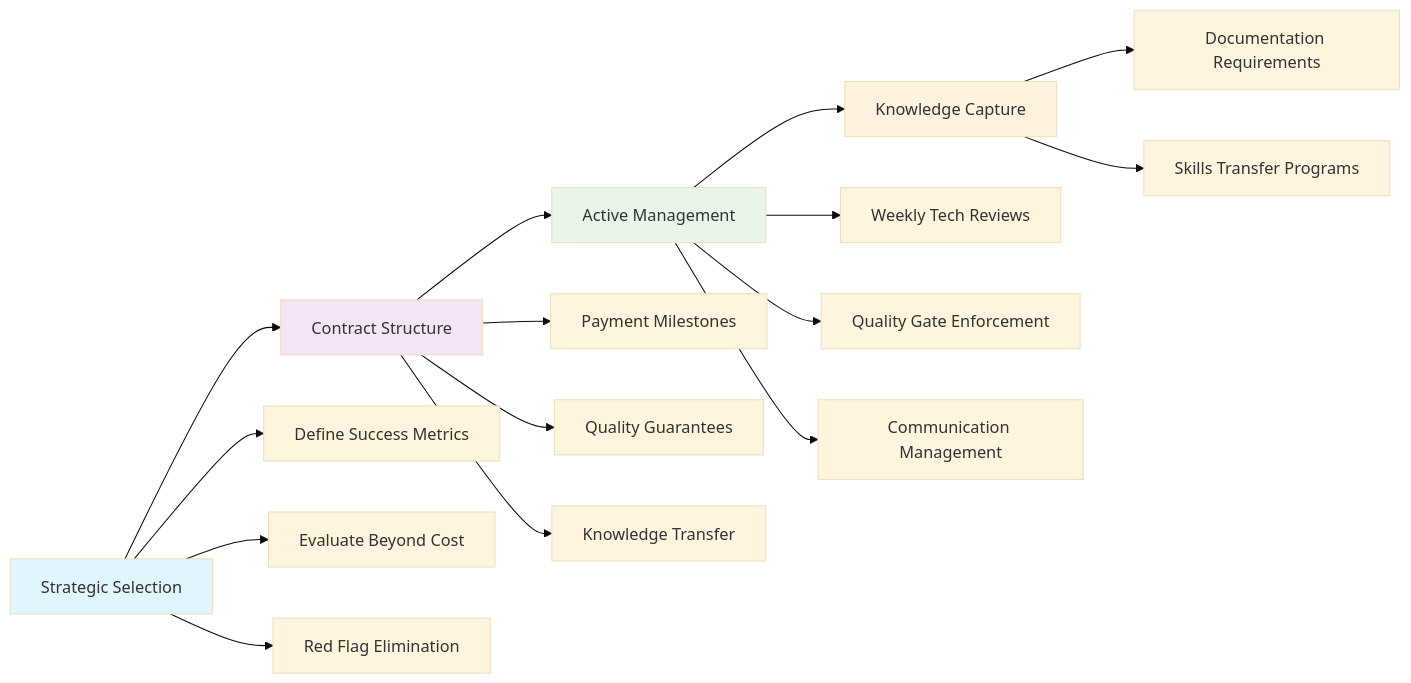
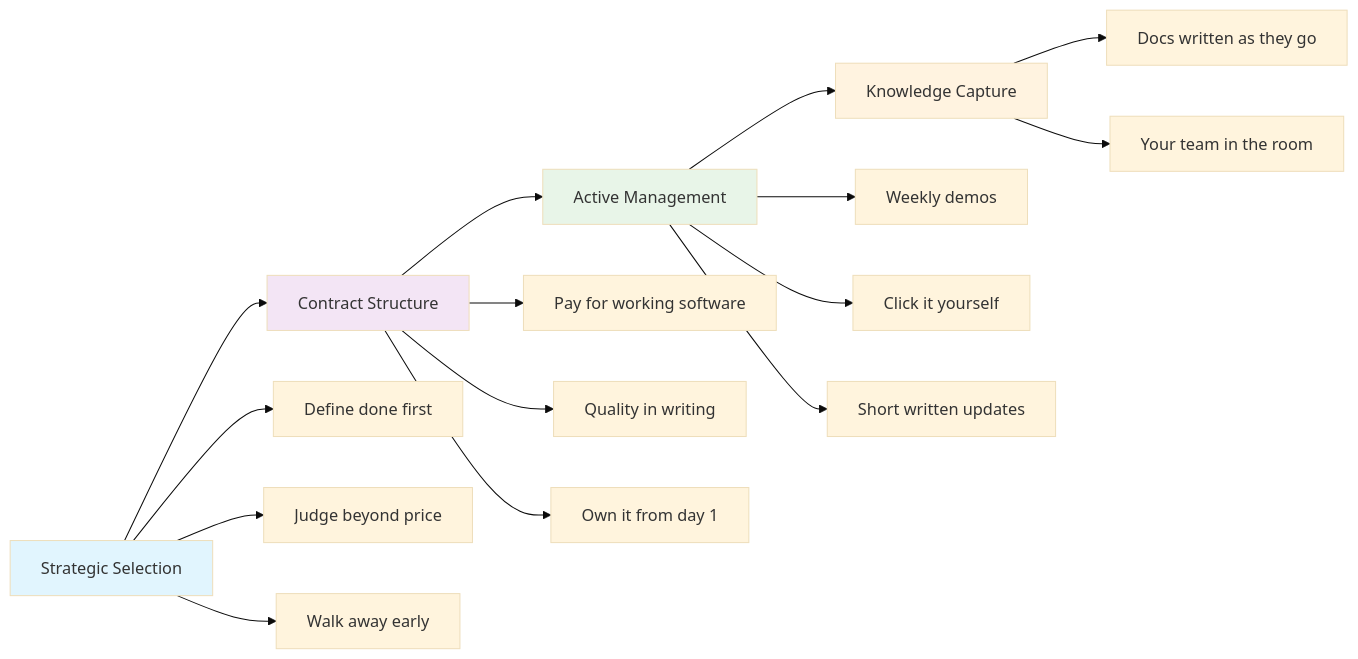
The diagram in content/blog/hidden-cost-poor-development-vendor-management-fix/index.md (jetthoughts/jetthoughts.github.io), drawn with Mermaid (base theme) before and after one commit. The commit also changed other lines of this file and 8 other files, not shown here.

````diff
--- a/content/blog/hidden-cost-poor-development-vendor-management-fix/index.md
+++ b/content/blog/hidden-cost-poor-development-vendor-management-fix/index.md
@@ -205,26 +37,26 @@
 ```mermaid
 graph LR
     A[Strategic Selection] --> B[Contract Structure]
     B --> C[Active Management]
     C --> D[Knowledge Capture]
 
-    A --> A1[Define Success Metrics]
-    A --> A2[Evaluate Beyond Cost]
-    A --> A3[Red Flag Elimination]
+    A --> A1[Define done first]
+    A --> A2[Judge beyond price]
+    A --> A3[Walk away early]
 
-    B --> B1[Payment Milestones]
-    B --> B2[Quality Guarantees]
-    B --> B3[Knowledge Transfer]
+    B --> B1[Pay for working software]
+    B --> B2[Quality in writing]
+    B --> B3[Own it from day 1]
 
-    C --> C1[Weekly Tech Reviews]
-    C --> C2[Quality Gate Enforcement]
-    C --> C3[Communication Management]
+    C --> C1[Weekly demos]
+    C --> C2[Click it yourself]
+    C --> C3[Short written updates]
 
-    D --> D1[Documentation Requirements]
-    D --> D2[Skills Transfer Programs]
+    D --> D1[Docs written as they go]
+    D --> D2[Your team in the room]
 
     style A fill:#e1f5fe
     style B fill:#f3e5f5
     style C fill:#e8f5e8
     style D fill:#fff3e0
 ```
````
